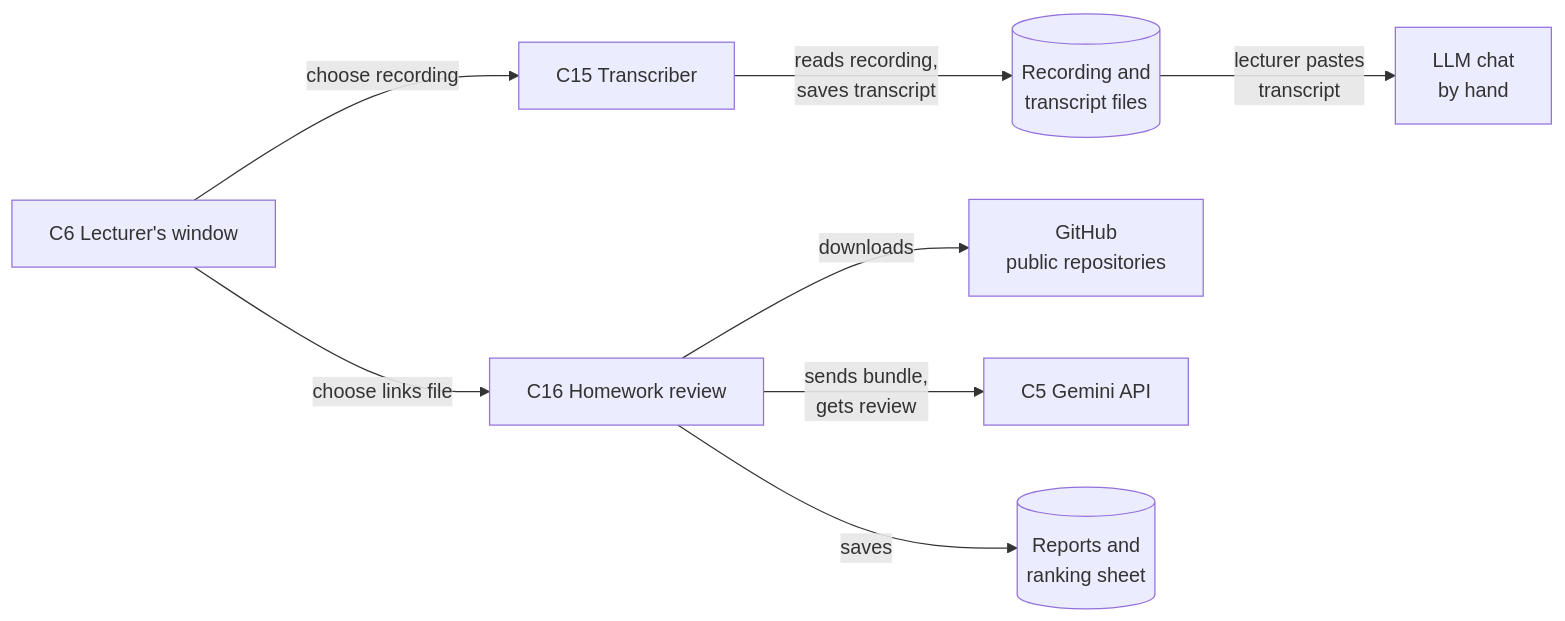
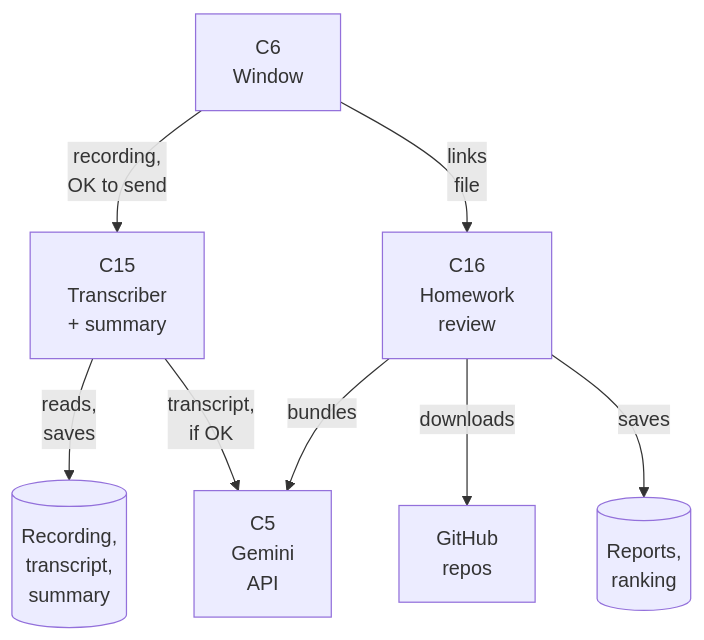
The fourth of 4 diagrams in docs/components.md (yonatanShoval/OOP_Exercise2), drawn with Mermaid before and after one commit. The commit also changed other lines of this file and 3 other files, not shown here.

First line of the commit message:
Fix the component diagrams for GitHub; automatic lecture summary through Gemini

````diff
--- a/docs/components.md
+++ b/docs/components.md
@@ -126,18 +126,17 @@
 ```mermaid
-flowchart LR
-    W["C6 Lecturer's window"]
-    T["C15 Transcriber"]
-    REC[("Recording and<br/>transcript files")]
-    CH["LLM chat<br/>by hand"]
-    R["C16 Homework review"]
-    GH["GitHub<br/>public repositories"]
-    GM["C5 Gemini API"]
-    REP[("Reports and<br/>ranking sheet")]
-    W -- "choose recording" --> T
-    T -- "reads recording,<br/>saves transcript" --> REC
-    REC -- "lecturer pastes<br/>transcript" --> CH
-    W -- "choose links file" --> R
+flowchart TB
+    W["C6<br/>Window"]
+    T["C15<br/>Transcriber<br/>+ summary"]
+    REC[("Recording,<br/>transcript,<br/>summary")]
+    GM["C5<br/>Gemini<br/>API"]
+    R["C16<br/>Homework<br/>review"]
+    GH["GitHub<br/>repos"]
+    REP[("Reports,<br/>ranking")]
+    W -- "recording,<br/>OK to send" --> T
+    T -- "reads,<br/>saves" --> REC
+    T -- "transcript,<br/>if OK" --> GM
+    W -- "links<br/>file" --> R
     R -- "downloads" --> GH
-    R -- "sends bundle,<br/>gets review" --> GM
+    R -- "bundles" --> GM
     R -- "saves" --> REP
 ```
````
